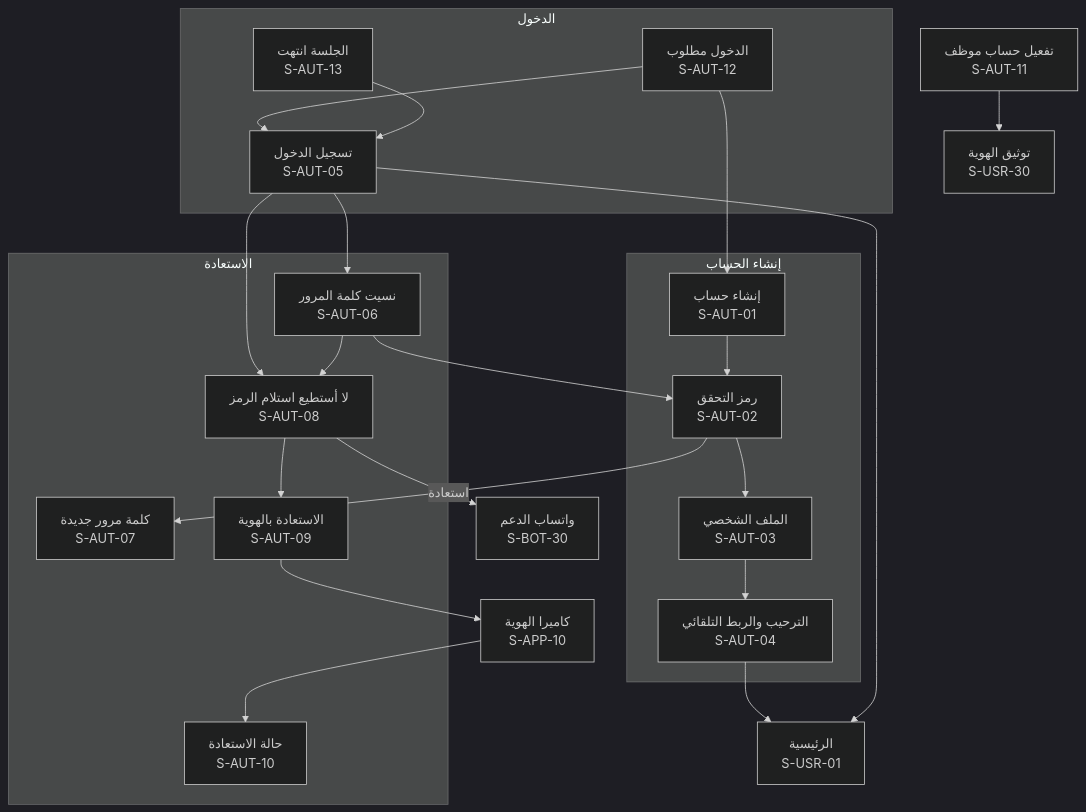
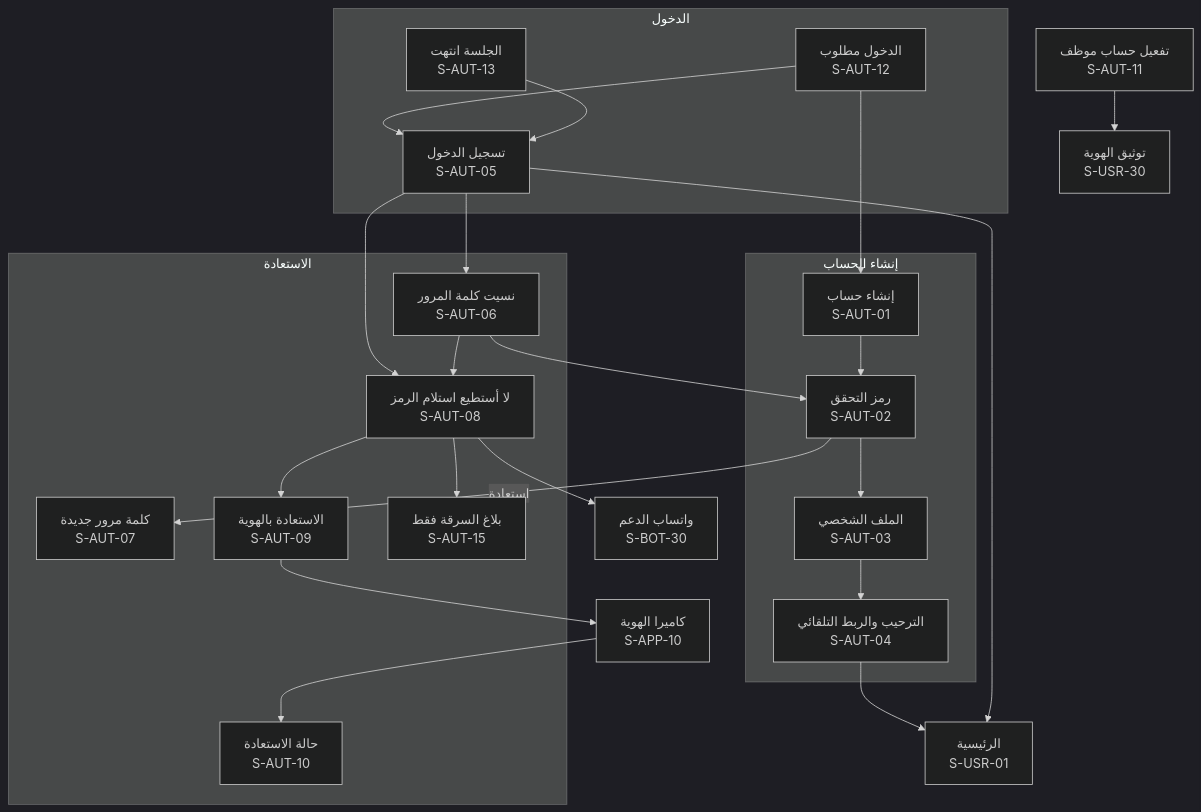
One commit to servacode/imei changed the third of 19 diagrams in docs/18-screen-inventory.md. Above: the diagram before and after it, drawn with Mermaid (dark theme). The commit also changed other lines of this file and 28 other files, not shown here.

````diff
--- a/docs/18-screen-inventory.md
+++ b/docs/18-screen-inventory.md
@@ -256,35 +257,37 @@
 ```mermaid
 flowchart TD
     subgraph SIGNUP ["إنشاء الحساب"]
         S_AUT_01["إنشاء حساب<br/>S-AUT-01"]
         S_AUT_02["رمز التحقق<br/>S-AUT-02"]
         S_AUT_03["الملف الشخصي<br/>S-AUT-03"]
         S_AUT_04["الترحيب والربط التلقائي<br/>S-AUT-04"]
     end
     subgraph LOGIN ["الدخول"]
         S_AUT_05["تسجيل الدخول<br/>S-AUT-05"]
         S_AUT_13["الجلسة انتهت<br/>S-AUT-13"]
         S_AUT_12["الدخول مطلوب<br/>S-AUT-12"]
     end
     subgraph RECOVER ["الاستعادة"]
         S_AUT_06["نسيت كلمة المرور<br/>S-AUT-06"]
         S_AUT_07["كلمة مرور جديدة<br/>S-AUT-07"]
         S_AUT_08["لا أستطيع استلام الرمز<br/>S-AUT-08"]
         S_AUT_09["الاستعادة بالهوية<br/>S-AUT-09"]
         S_AUT_10["حالة الاستعادة<br/>S-AUT-10"]
+        S_AUT_15["بلاغ السرقة فقط<br/>S-AUT-15"]
     end
     S_AUT_11["تفعيل حساب موظف<br/>S-AUT-11"]
     S_APP_10["كاميرا الهوية<br/>S-APP-10"]
     S_BOT_30["واتساب الدعم<br/>S-BOT-30"]
     S_USR_01["الرئيسية<br/>S-USR-01"]
     S_USR_30["توثيق الهوية<br/>S-USR-30"]
     S_AUT_01 --> S_AUT_02 --> S_AUT_03 --> S_AUT_04 --> S_USR_01
     S_AUT_12 --> S_AUT_05 & S_AUT_01
     S_AUT_13 --> S_AUT_05 --> S_USR_01
     S_AUT_05 --> S_AUT_06 --> S_AUT_02
     S_AUT_02 -- "استعادة" --> S_AUT_07
     S_AUT_05 & S_AUT_06 --> S_AUT_08
     S_AUT_08 --> S_AUT_09 --> S_APP_10 --> S_AUT_10
+    S_AUT_08 --> S_AUT_15
     S_AUT_08 --> S_BOT_30
     S_AUT_11 --> S_USR_30
 ```
````
